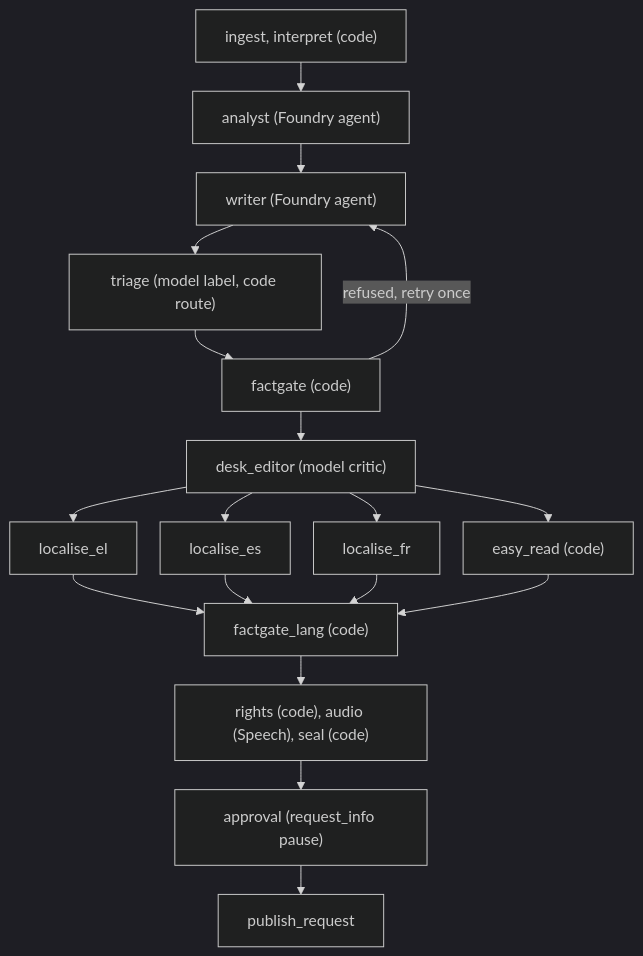
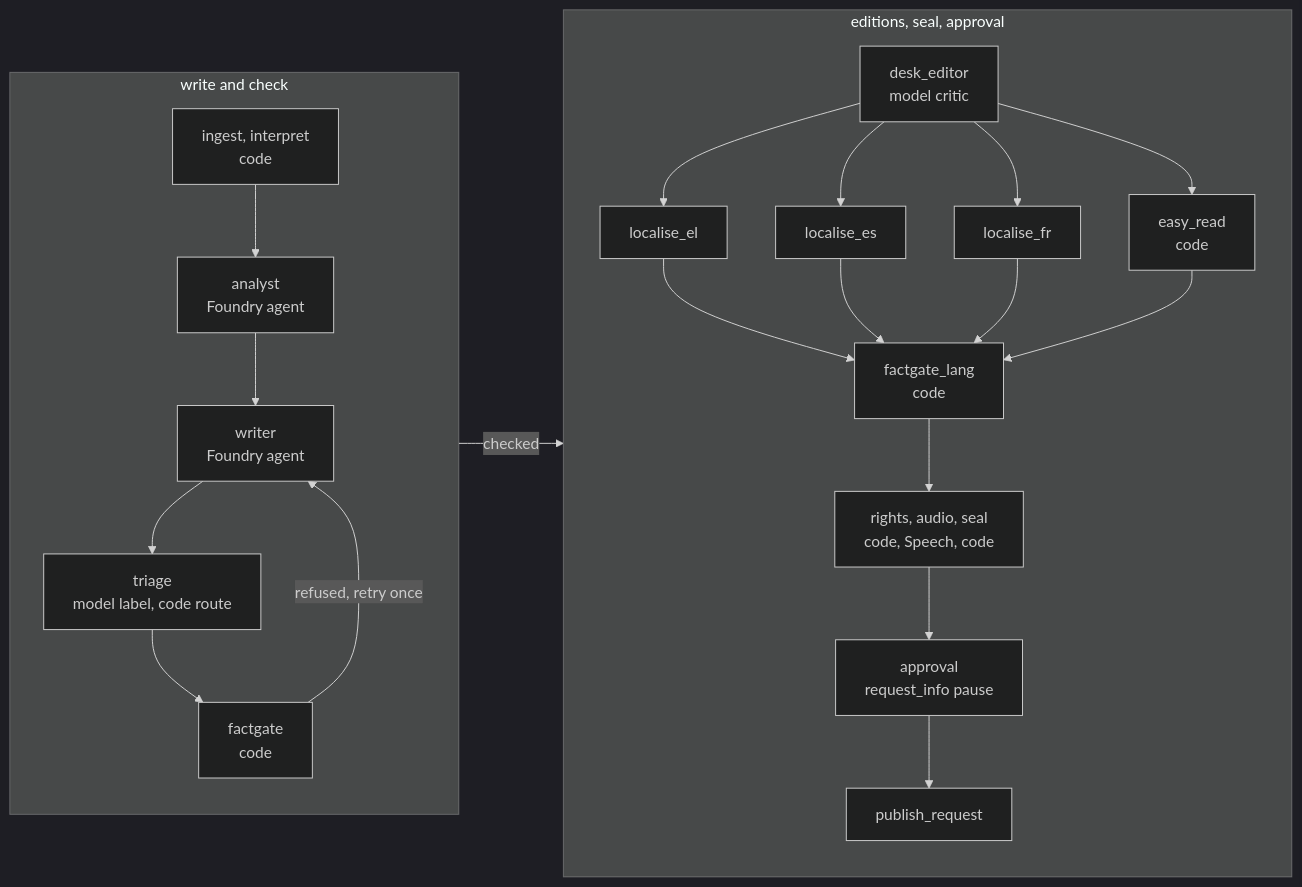
The third of 3 diagrams in README.md (upgradedev/agon-azure), drawn with Mermaid (dark theme) before and after one commit. The commit also changed other lines of this file, not shown here.

Commit message:
docs(readme): diagram layouts sized for the page width

````diff
--- a/README.md
+++ b/README.md
@@ -213,24 +212,29 @@
 ```mermaid
-%%{init: {"flowchart": {"rankSpacing": 30, "nodeSpacing": 24}}}%%
-flowchart TB
-  A["ingest, interpret (code)"]
-  B["analyst (Foundry agent)"]
-  C["writer (Foundry agent)"]
-  D["triage (model label, code route)"]
-  E["factgate (code)"]
-  F["desk_editor (model critic)"]
-  G1["localise_el"]
-  G2["localise_es"]
-  G3["localise_fr"]
-  G4["easy_read (code)"]
-  H["factgate_lang (code)"]
-  I["rights (code), audio (Speech), seal (code)"]
-  J["approval (request_info pause)"]
-  K["publish_request"]
-  A --> B --> C --> D --> E
-  E -->|"refused, retry once"| C
-  E --> F
-  F --> G1 & G2 & G3 & G4
-  G1 & G2 & G3 & G4 --> H
-  H --> I --> J --> K
+flowchart LR
+  subgraph W1["write and check"]
+    direction TB
+    A["ingest, interpret<br/>code"]
+    B["analyst<br/>Foundry agent"]
+    C["writer<br/>Foundry agent"]
+    D["triage<br/>model label, code route"]
+    E["factgate<br/>code"]
+    A --> B --> C --> D --> E
+    E -->|"refused, retry once"| C
+  end
+  subgraph W2["editions, seal, approval"]
+    direction TB
+    F["desk_editor<br/>model critic"]
+    G1["localise_el"]
+    G2["localise_es"]
+    G3["localise_fr"]
+    G4["easy_read<br/>code"]
+    H["factgate_lang<br/>code"]
+    I["rights, audio, seal<br/>code, Speech, code"]
+    J["approval<br/>request_info pause"]
+    K["publish_request"]
+    F --> G1 & G2 & G3 & G4
+    G1 & G2 & G3 & G4 --> H
+    H --> I --> J --> K
+  end
+  W1 -->|"checked"| W2
 ```
````
